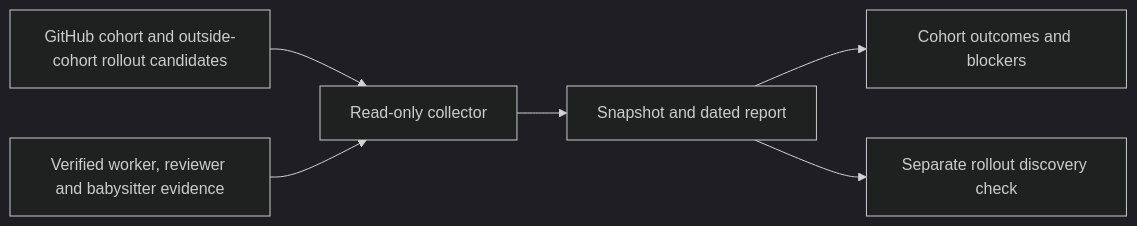
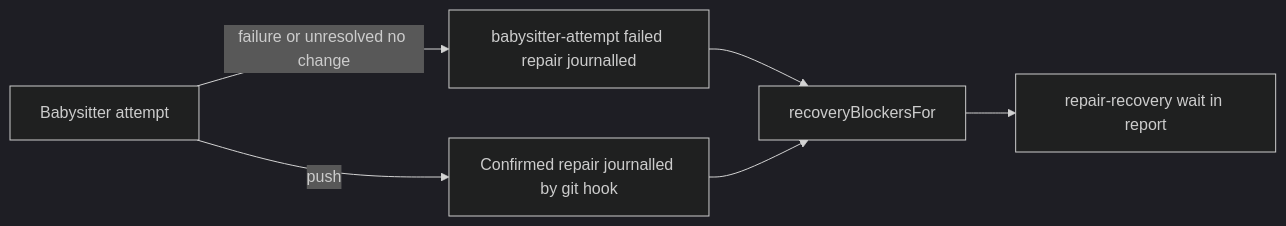
Before and after one commit to stSoftwareAU/VibeCoder: the diagram in docs/archive/pr-summaries/pr-summary-4658.md, drawn with Mermaid (dark theme). The commit also changed other lines of this file and 9 other files, not shown here.

````diff
--- a/docs/archive/pr-summaries/pr-summary-4658.md
+++ b/docs/archive/pr-summaries/pr-summary-4658.md
@@ -75,8 +50,8 @@
 ```mermaid
 flowchart LR
-    A[GitHub cohort and outside-cohort rollout candidates] --> C[Read-only collector]
-    B[Verified worker, reviewer and babysitter evidence] --> C
-    C --> D[Snapshot and dated report]
-    D --> E[Cohort outcomes and blockers]
-    D --> F[Separate rollout discovery check]
+    A[Babysitter attempt] -->|push| B[Confirmed repair journalled by git hook]
+    A -->|failure or unresolved no change| C[babysitter-attempt failed repair journalled]
+    C --> D[recoveryBlockersFor]
+    B --> D
+    D --> E[repair-recovery wait in report]
 ```
````
